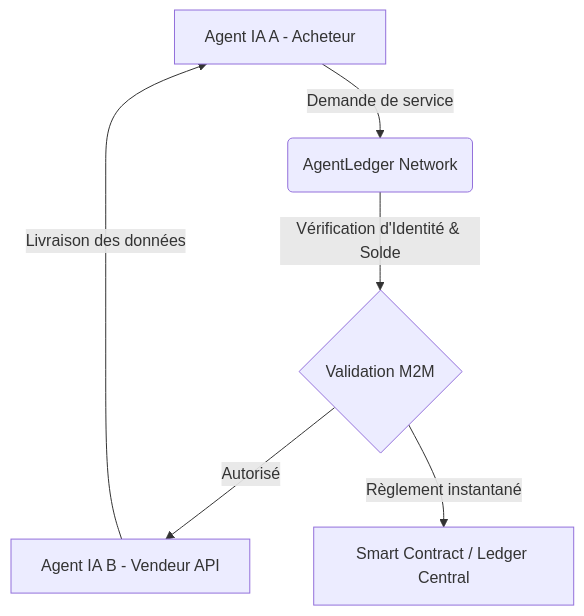
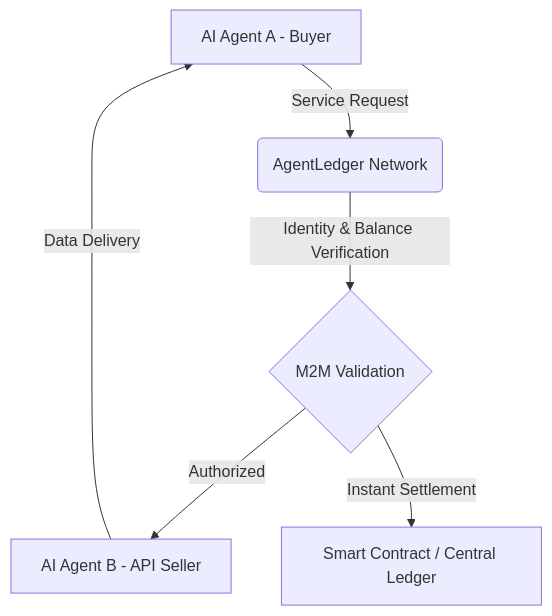
One commit to flouzzy/top-100-ai-startup-ideas changed the first of 2 diagrams in ideas/agentledger/README.md. Above: the diagram before and after it, drawn with Mermaid. The commit also changed other lines of this file and 21 other files, not shown here.

````diff
--- a/ideas/agentledger/README.md
+++ b/ideas/agentledger/README.md
@@ -15,9 +17,9 @@
 ```mermaid
 graph TD
-    %% Flux d'architecture M2M
-    A[Agent IA A - Acheteur] -->|Demande de service| B(AgentLedger Network)
-    B -->|Vérification d'Identité & Solde| C{Validation M2M}
-    C -->|Autorisé| D[Agent IA B - Vendeur API]
-    D -->|Livraison des données| A
-    C -->|Règlement instantané| E[Smart Contract / Ledger Central]
+    %% M2M Architecture Flow
+    A[AI Agent A - Buyer] -->|Service Request| B(AgentLedger Network)
+    B -->|Identity & Balance Verification| C{M2M Validation}
+    C -->|Authorized| D[AI Agent B - API Seller]
+    D -->|Data Delivery| A
+    C -->|Instant Settlement| E[Smart Contract / Central Ledger]
 ```
````
